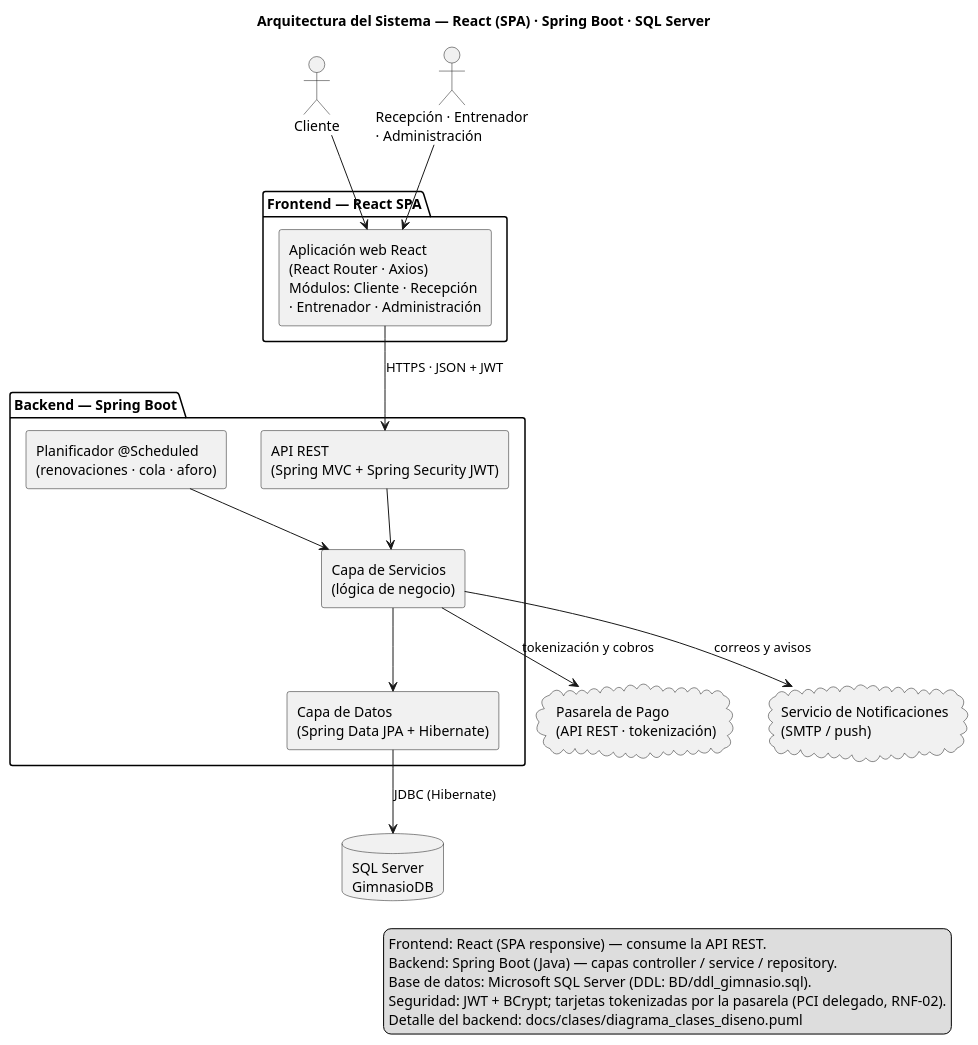
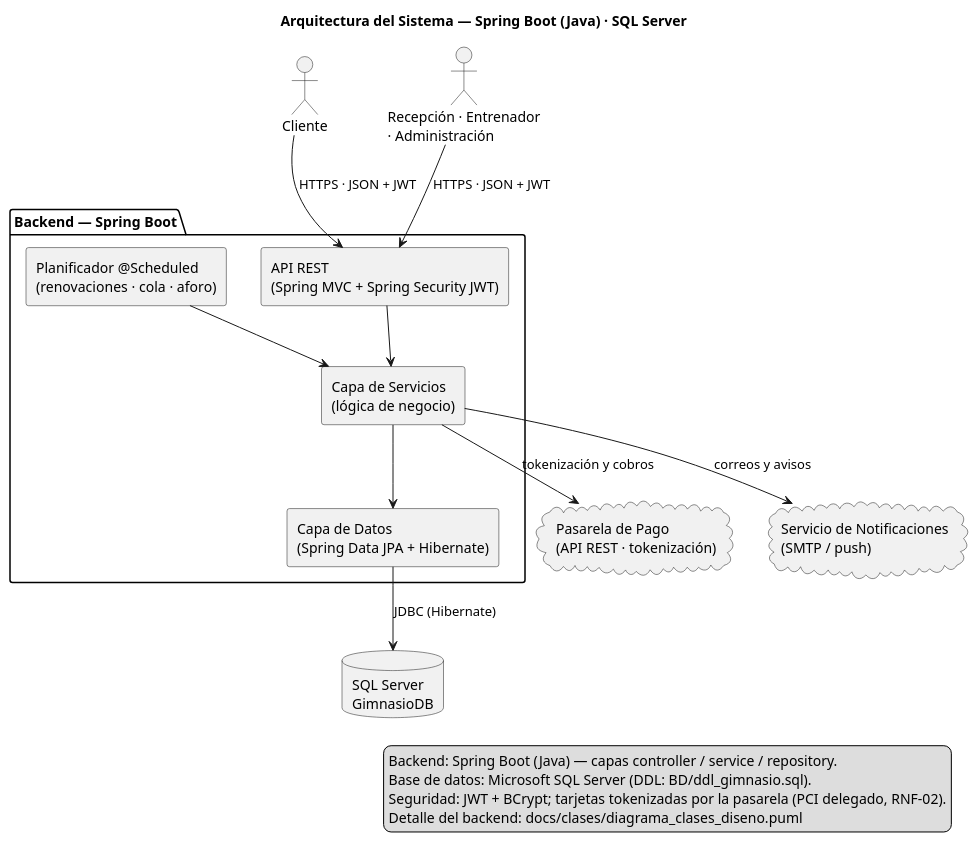
One commit to Natalia-acode/Plataforma-web-gestion-gimnasio changed the diagram in docs/arquitectura/arquitectura_sistema.puml. Above: the diagram before and after it, drawn with PlantUML. The commit also changed 27 other files, not shown here.

First line of the commit message:
Respaldo del frontend Bootstrap antes de su eliminación

```diff
--- a/docs/arquitectura/arquitectura_sistema.puml
+++ b/docs/arquitectura/arquitectura_sistema.puml
@@ -1,41 +1,35 @@
 @startuml Arquitectura_Sistema
-title Arquitectura del Sistema — React (SPA) · Spring Boot · SQL Server
+title Arquitectura del Sistema — Spring Boot (Java) · SQL Server
 skinparam componentStyle rectangle
 
 actor "Cliente" as cliente
 actor "Recepción · Entrenador\n· Administración" as staff
-
-package "Frontend — React SPA" {
-  component "Aplicación web React\n(React Router · Axios)\nMódulos: Cliente · Recepción\n· Entrenador · Administración" as spa
-}
 
 package "Backend — Spring Boot" {
   component "API REST\n(Spring MVC + Spring Security JWT)" as api
   component "Capa de Servicios\n(lógica de negocio)" as servicios
   component "Planificador @Scheduled\n(renovaciones · cola · aforo)" as scheduler
   component "Capa de Datos\n(Spring Data JPA + Hibernate)" as datos
 }
 
 database "SQL Server\nGimnasioDB" as db
 
 cloud "Pasarela de Pago\n(API REST · tokenización)" as pasarela
 cloud "Servicio de Notificaciones\n(SMTP / push)" as notif
 
-cliente --> spa
-staff --> spa
-spa --> api : "HTTPS · JSON + JWT"
+cliente --> api : "HTTPS · JSON + JWT"
+staff --> api : "HTTPS · JSON + JWT"
 api --> servicios
 scheduler --> servicios
 servicios --> datos
 datos --> db : "JDBC (Hibernate)"
 servicios --> pasarela : "tokenización y cobros"
 servicios --> notif : "correos y avisos"
 
 legend right
-  Frontend: React (SPA responsive) — consume la API REST.
   Backend: Spring Boot (Java) — capas controller / service / repository.
   Base de datos: Microsoft SQL Server (DDL: BD/ddl_gimnasio.sql).
   Seguridad: JWT + BCrypt; tarjetas tokenizadas por la pasarela (PCI delegado, RNF-02).
   Detalle del backend: docs/clases/diagrama_clases_diseno.puml
 endlegend
 @enduml
```
